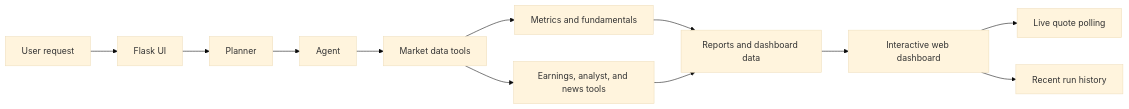
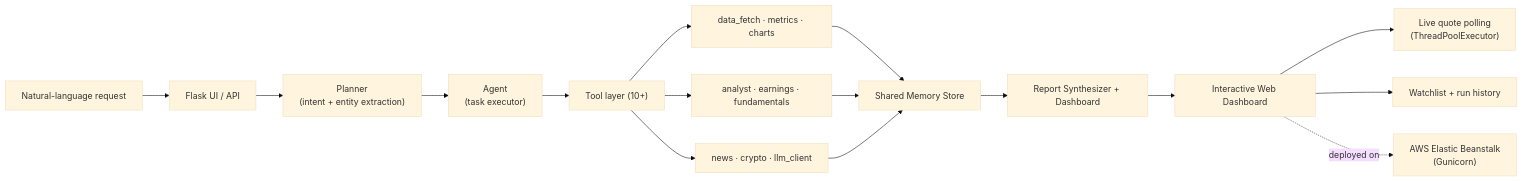
The diagram in README.md (TheAliAmir28/finance-agent-workflow), drawn with Mermaid (base theme) before and after one commit. The commit also changed other lines of this file, not shown here.

````diff
--- a/README.md
+++ b/README.md
@@ -126,14 +58,18 @@
 ```mermaid
 flowchart LR
-    A["User request"] --> B["Flask UI"]
-    B --> C["Planner"]
-    C --> D["Agent"]
-    D --> E["Market data tools"]
-    E --> F["Metrics and fundamentals"]
-    E --> G["Earnings, analyst, and news tools"]
-    F --> H["Reports and dashboard data"]
-    G --> H
-    H --> I["Interactive web dashboard"]
-    I --> J["Live quote polling"]
-    I --> K["Recent run history"]
+    A["Natural-language request"] --> B["Flask UI / API"]
+    B --> C["Planner<br/>(intent + entity extraction)"]
+    C --> D["Agent<br/>(task executor)"]
+    D --> E["Tool layer (10+)"]
+    E --> E1["data_fetch · metrics · charts"]
+    E --> E2["analyst · earnings · fundamentals"]
+    E --> E3["news · crypto · llm_client"]
+    E1 --> F["Shared Memory Store"]
+    E2 --> F
+    E3 --> F
+    F --> G["Report Synthesizer + Dashboard"]
+    G --> H["Interactive Web Dashboard"]
+    H --> I["Live quote polling<br/>(ThreadPoolExecutor)"]
+    H --> J["Watchlist + run history"]
+    H -. deployed on .-> K["AWS Elastic Beanstalk<br/>(Gunicorn)"]
 ```
````
